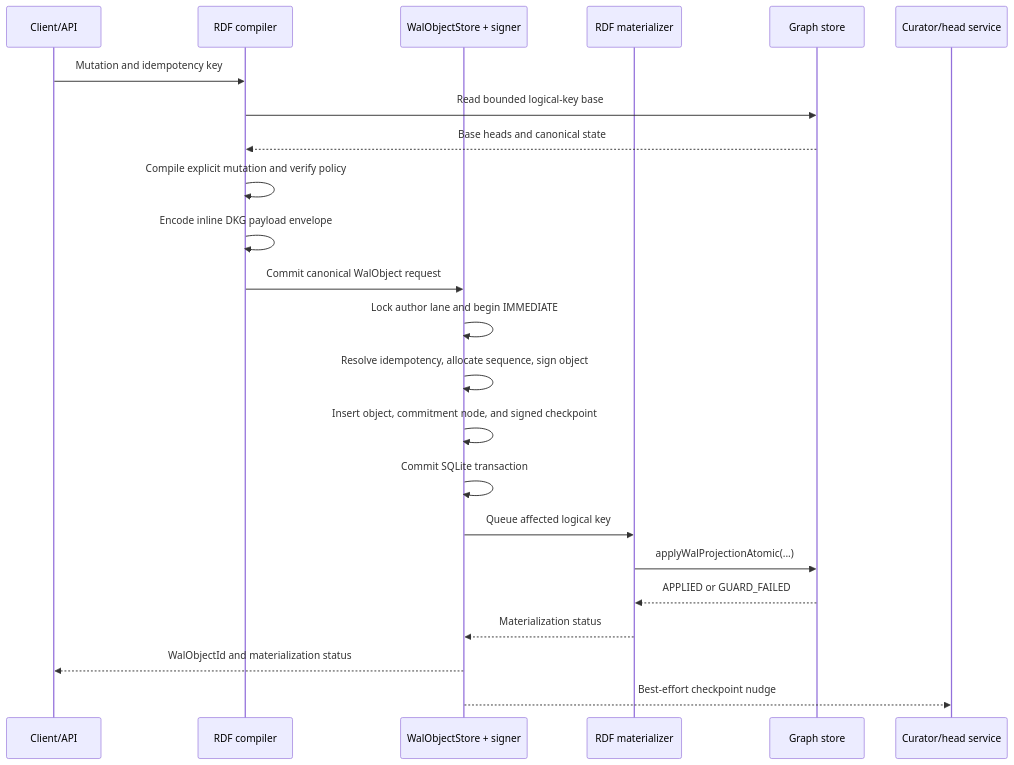
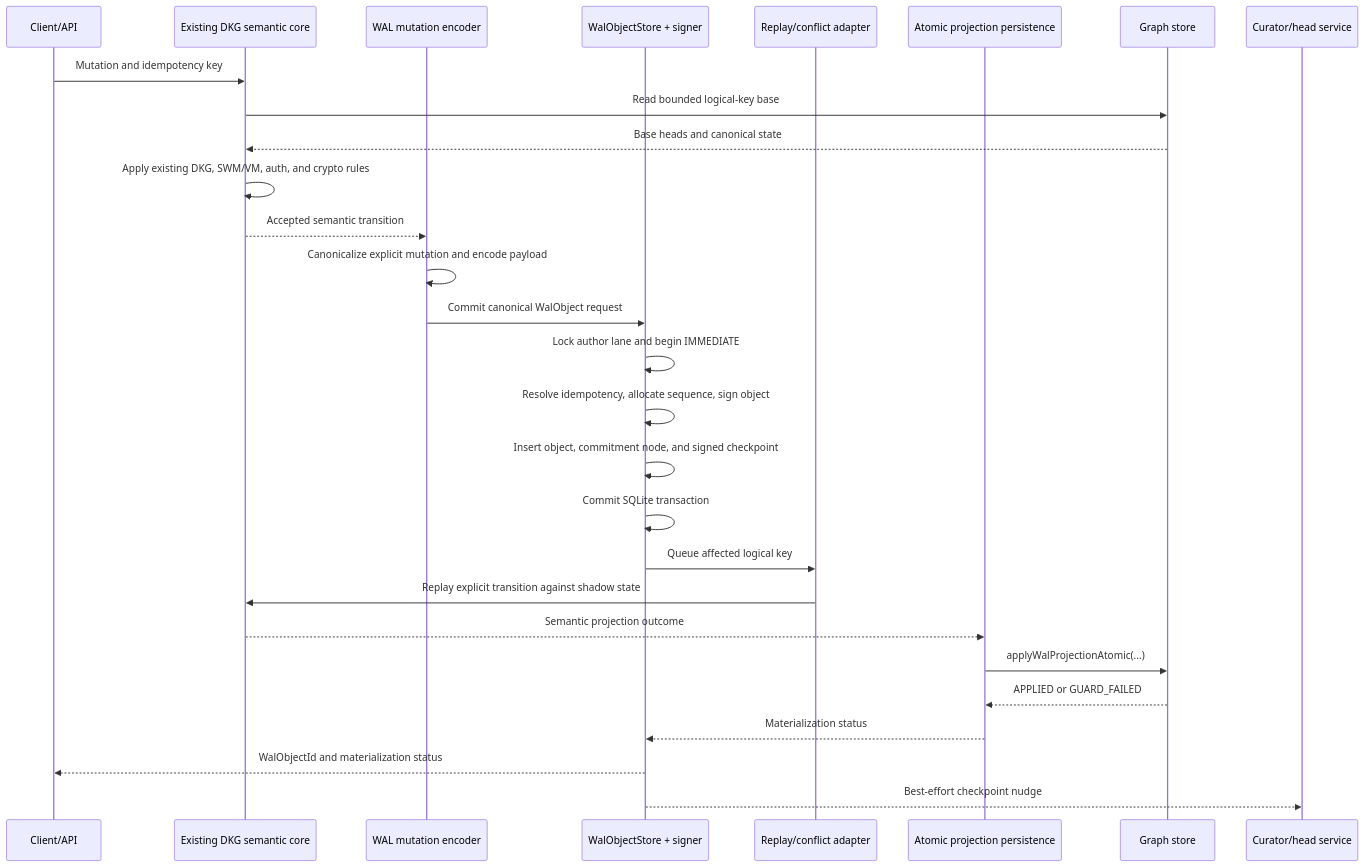
One commit to OriginTrail/dkg changed the eighth of 12 diagrams in docs/active-now/wal-parallel-protocol-task-pack/OT-RFC-65-wal-byte-set-reconciliation-sync.md. Above: the diagram before and after it, drawn with Mermaid. The commit also changed other lines of this file and 32 other files, not shown here.

Commit message:
Enforce one shared DKG semantic core

````diff
--- a/docs/active-now/wal-parallel-protocol-task-pack/OT-RFC-65-wal-byte-set-reconciliation-sync.md
+++ b/docs/active-now/wal-parallel-protocol-task-pack/OT-RFC-65-wal-byte-set-reconciliation-sync.md
@@ -1533,26 +1569,31 @@
 ```mermaid
 sequenceDiagram
     participant C as Client/API
-    participant R as RDF compiler
+    participant S as Existing DKG semantic core
+    participant E as WAL mutation encoder
     participant W as WalObjectStore + signer
-    participant M as RDF materializer
+    participant A as Replay/conflict adapter
+    participant M as Atomic projection persistence
     participant G as Graph store
     participant H as Curator/head service
 
-    C->>R: Mutation and idempotency key
-    R->>G: Read bounded logical-key base
-    G-->>R: Base heads and canonical state
-    R->>R: Compile explicit mutation and verify policy
-    R->>R: Encode inline DKG payload envelope
-    R->>W: Commit canonical WalObject request
+    C->>S: Mutation and idempotency key
+    S->>G: Read bounded logical-key base
+    G-->>S: Base heads and canonical state
+    S->>S: Apply existing DKG, SWM/VM, auth, and crypto rules
+    S-->>E: Accepted semantic transition
+    E->>E: Canonicalize explicit mutation and encode payload
+    E->>W: Commit canonical WalObject request
     W->>W: Lock author lane and begin IMMEDIATE
     W->>W: Resolve idempotency, allocate sequence, sign object
     W->>W: Insert object, commitment node, and signed checkpoint
     W->>W: Commit SQLite transaction
-    W->>M: Queue affected logical key
+    W->>A: Queue affected logical key
+    A->>S: Replay explicit transition against shadow state
+    S-->>M: Semantic projection outcome
     M->>G: applyWalProjectionAtomic(...)
     G-->>M: APPLIED or GUARD_FAILED
     M-->>W: Materialization status
     W-->>C: WalObjectId and materialization status
     W-->>H: Best-effort checkpoint nudge
 ```
````
